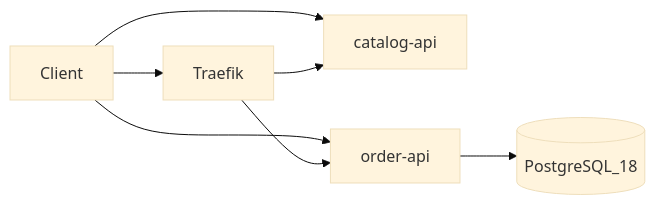
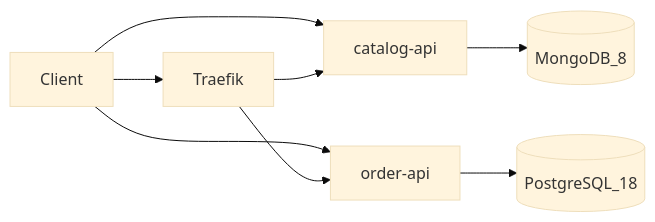
Before and after one commit to ianckc/streamshop-distributed-system: the first of 2 diagrams in docs/docs/architecture/overview.mdx, drawn with Mermaid (base theme). The commit also changed other lines of this file and 24 other files, not shown here.

````diff
--- a/docs/docs/architecture/overview.mdx
+++ b/docs/docs/architecture/overview.mdx
@@ -11,9 +11,10 @@
 ```mermaid
 flowchart LR
   Client[Client] --> Traefik[Traefik]
   Client --> CatalogAPI[catalog-api]
   Client --> OrderAPI[order-api]
   Traefik --> CatalogAPI
   Traefik --> OrderAPI
+  CatalogAPI --> Mongo[(MongoDB_8)]
   OrderAPI --> Postgres[(PostgreSQL_18)]
 ```
````
